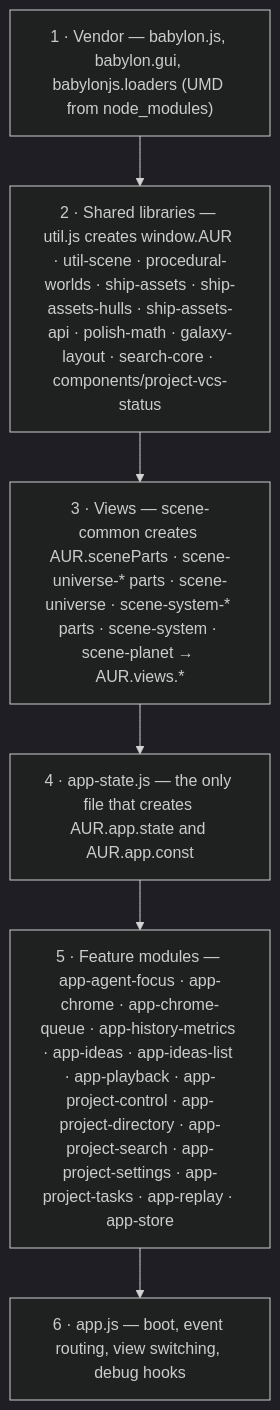
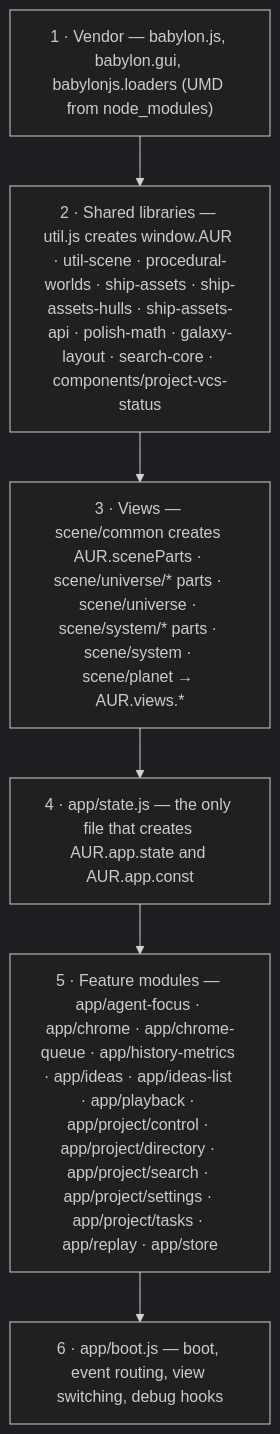
Before and after one commit to MatthewNorton/agent-orrery: the fourth of 4 diagrams in .docs/architecture.md, drawn with Mermaid (dark theme). The commit also changed other lines of this file and 124 other files, not shown here.

````diff
--- a/.docs/architecture.md
+++ b/.docs/architecture.md
@@ -432,10 +432,10 @@
 ```mermaid
 flowchart TB
   V["1 · Vendor — babylon.js, babylon.gui, babylonjs.loaders (UMD from node_modules)"]
   L["2 · Shared libraries — util.js creates window.AUR · util-scene · procedural-worlds · ship-assets · ship-assets-hulls · ship-assets-api · polish-math · galaxy-layout · search-core · components/project-vcs-status"]
-  S["3 · Views — scene-common creates AUR.sceneParts · scene-universe-* parts · scene-universe · scene-system-* parts · scene-system · scene-planet → AUR.views.*"]
-  ST["4 · app-state.js — the only file that creates AUR.app.state and AUR.app.const"]
-  M["5 · Feature modules — app-agent-focus · app-chrome · app-chrome-queue · app-history-metrics · app-ideas · app-ideas-list · app-playback · app-project-control · app-project-directory · app-project-search · app-project-settings · app-project-tasks · app-replay · app-store"]
-  A["6 · app.js — boot, event routing, view switching, debug hooks"]
+  S["3 · Views — scene/common creates AUR.sceneParts · scene/universe/* parts · scene/universe · scene/system/* parts · scene/system · scene/planet → AUR.views.*"]
+  ST["4 · app/state.js — the only file that creates AUR.app.state and AUR.app.const"]
+  M["5 · Feature modules — app/agent-focus · app/chrome · app/chrome-queue · app/history-metrics · app/ideas · app/ideas-list · app/playback · app/project/control · app/project/directory · app/project/search · app/project/settings · app/project/tasks · app/replay · app/store"]
+  A["6 · app/boot.js — boot, event routing, view switching, debug hooks"]
   V --> L --> S --> ST --> M --> A
 ```
````
